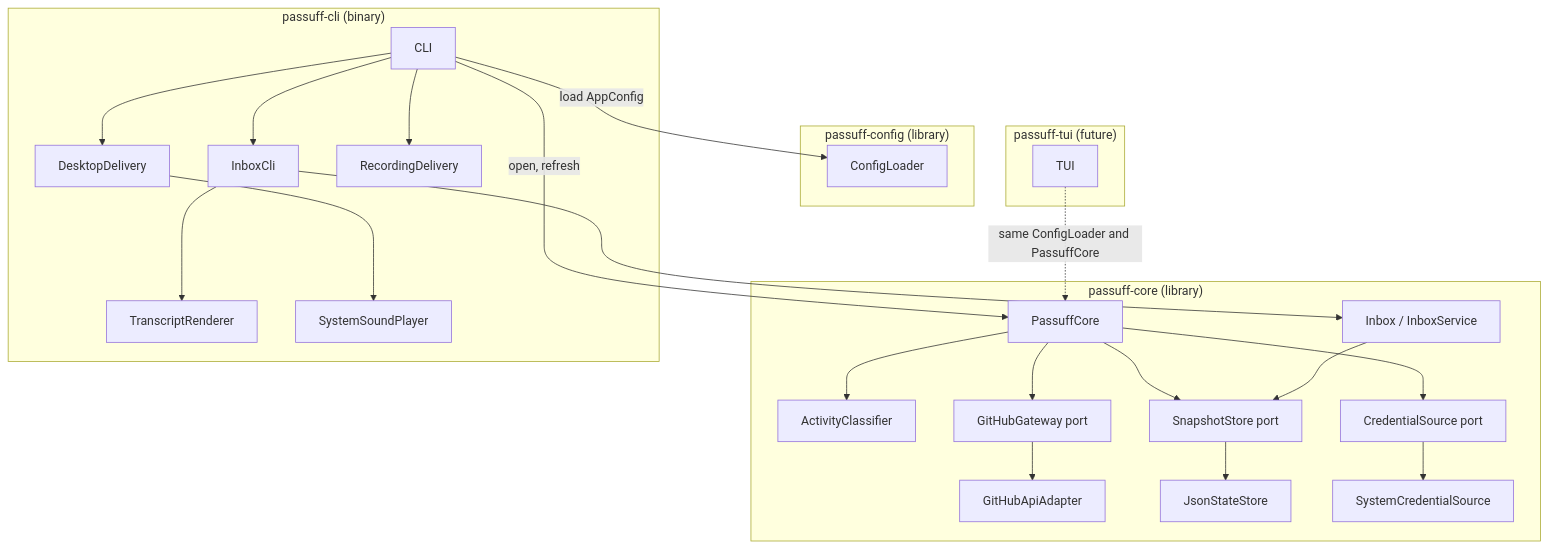
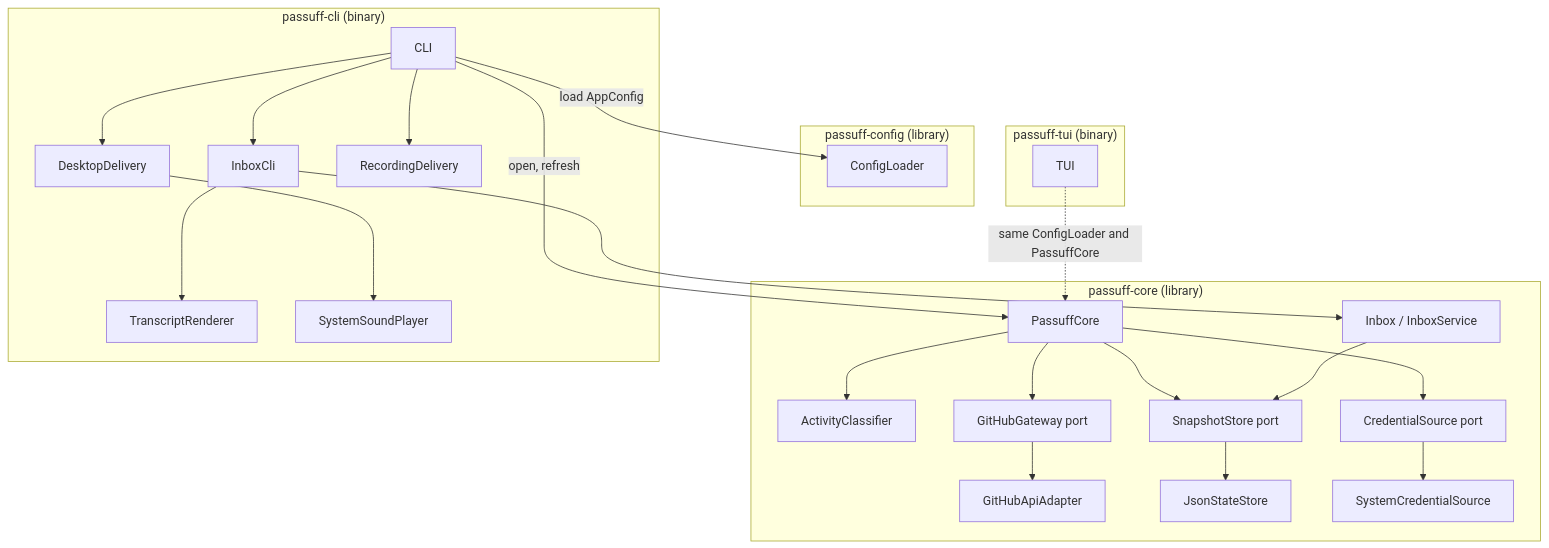
One commit to buster/passuff changed the diagram in docs/arc42/05-building-block-view.md. Above: the diagram before and after it, drawn with Mermaid. The commit also changed other lines of this file and 36 other files, not shown here.

````diff
--- a/docs/arc42/05-building-block-view.md
+++ b/docs/arc42/05-building-block-view.md
@@ -5,49 +5,49 @@
 ```mermaid
 flowchart TB
     subgraph configBoundary["passuff-config (library)"]
         Config["ConfigLoader"]
     end
 
     subgraph coreBoundary["passuff-core (library)"]
         Core["PassuffCore"]
         Classifier["ActivityClassifier"]
         GitHubPort["GitHubGateway port"]
         GitHubAdapter["GitHubApiAdapter"]
         StatePort["SnapshotStore port"]
         JsonStore["JsonStateStore"]
         CredentialPort["CredentialSource port"]
         Credential["SystemCredentialSource"]
         Inbox["Inbox / InboxService"]
     end
 
     subgraph cliBoundary["passuff-cli (binary)"]
         CLI["CLI"]
         InboxCli["InboxCli"]
         Renderer["TranscriptRenderer"]
         Delivery["DesktopDelivery"]
         Record["RecordingDelivery"]
         Sound["SystemSoundPlayer"]
     end
 
-    subgraph tuiBoundary["passuff-tui (future)"]
+    subgraph tuiBoundary["passuff-tui (binary)"]
         TUI["TUI"]
     end
 
     CLI -->|load AppConfig| Config
     CLI -->|open, refresh| Core
     CLI --> InboxCli
     InboxCli --> Renderer
     InboxCli --> Inbox
     Inbox --> StatePort
     CLI --> Delivery
     CLI --> Record
     Delivery --> Sound
     Core --> Classifier
     Core --> GitHubPort
     GitHubPort --> GitHubAdapter
     Core --> StatePort
     StatePort --> JsonStore
     Core --> CredentialPort
     CredentialPort --> Credential
     TUI -.->|same ConfigLoader and PassuffCore| Core
 ```
````
